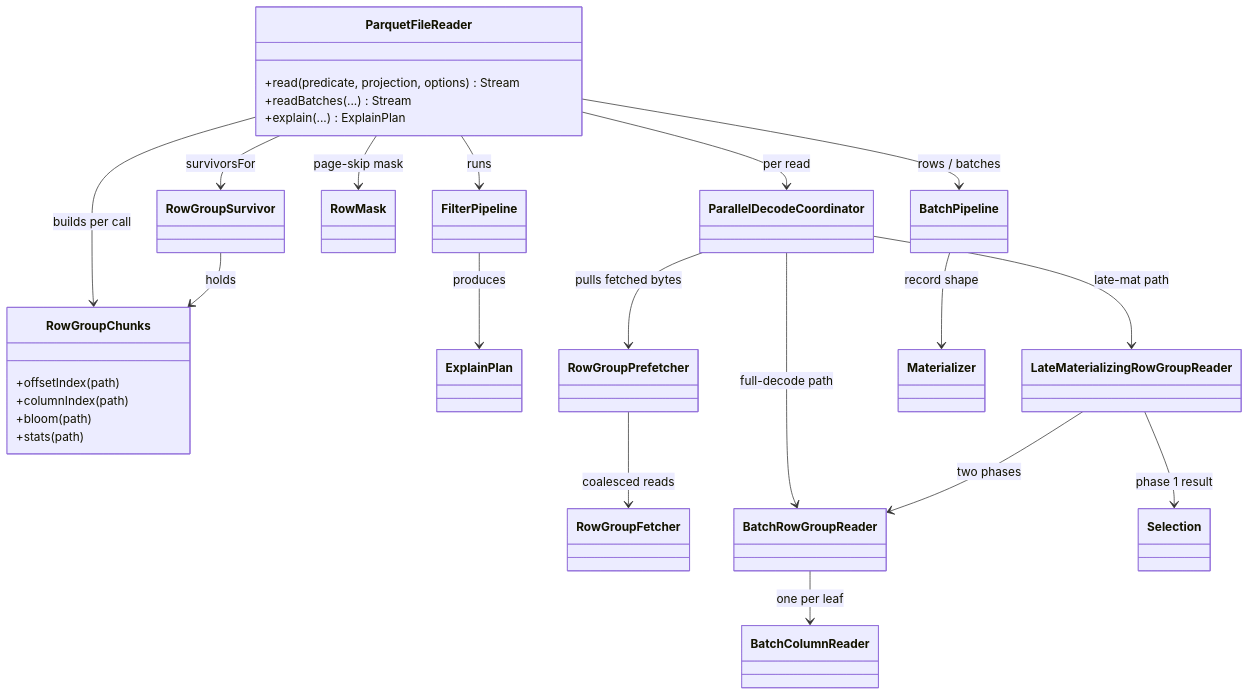
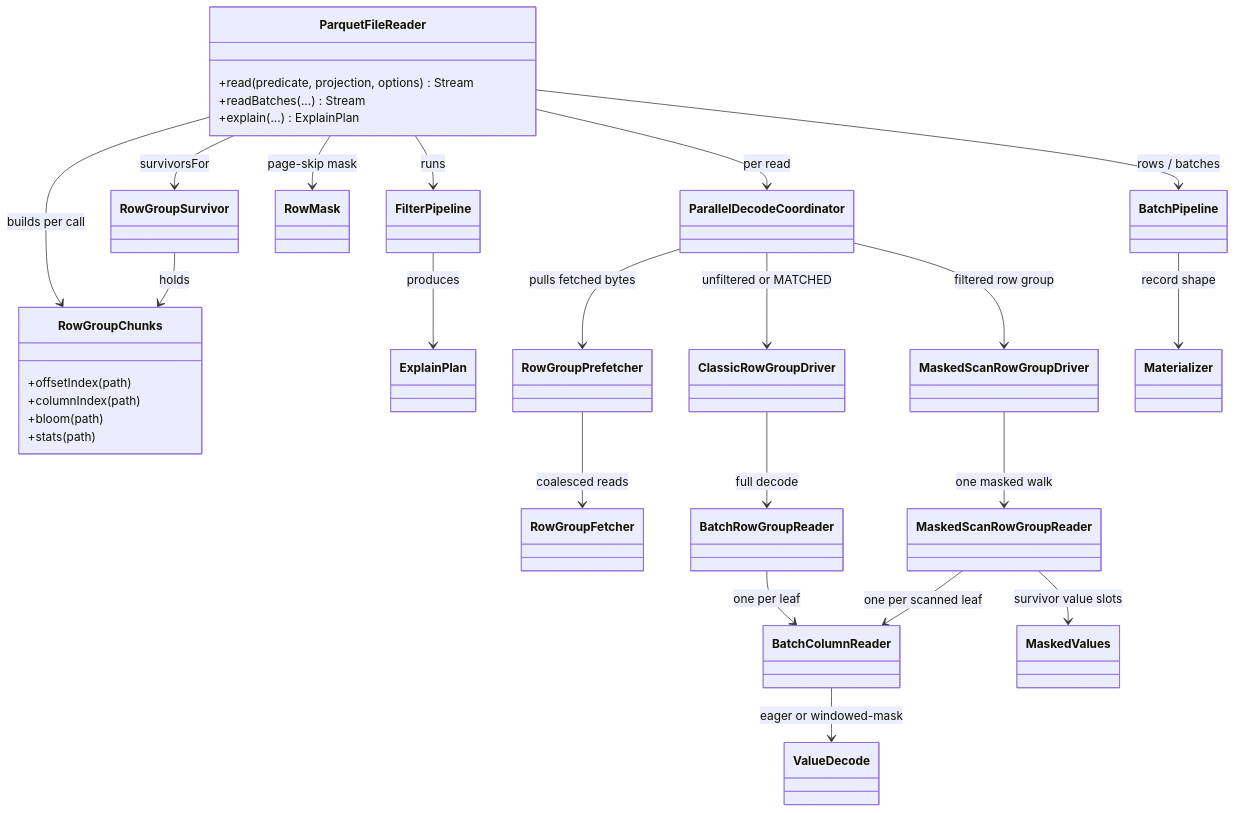
The seventh of 7 diagrams in docs/read-path.md (tileverse-io/parquetry), drawn with Mermaid before and after one commit. The commit also changed other lines of this file and 34 other files, not shown here.

First line of the commit message:
perf: evaluate filtered reads in-scan, decoding only surviving rows

````diff
--- a/docs/read-path.md
+++ b/docs/read-path.md
@@ -308,44 +333,50 @@
 ```mermaid
 classDiagram
     class ParquetFileReader {
         +read(predicate, projection, options) Stream
         +readBatches(...) Stream
         +explain(...) ExplainPlan
     }
     class RowGroupChunks {
         +offsetIndex(path)
         +columnIndex(path)
         +bloom(path)
         +stats(path)
     }
     class FilterPipeline
     class ExplainPlan
     class RowGroupSurvivor
     class RowMask
     class ParallelDecodeCoordinator
     class RowGroupPrefetcher
     class RowGroupFetcher
+    class ClassicRowGroupDriver
+    class MaskedScanRowGroupDriver
     class BatchRowGroupReader
+    class MaskedScanRowGroupReader
     class BatchColumnReader
-    class LateMaterializingRowGroupReader
-    class Selection
+    class ValueDecode
+    class MaskedValues
     class BatchPipeline
     class Materializer
 
     ParquetFileReader --> RowGroupChunks : builds per call
     ParquetFileReader --> FilterPipeline : runs
     FilterPipeline --> ExplainPlan : produces
     ParquetFileReader --> RowGroupSurvivor : survivorsFor
     RowGroupSurvivor --> RowGroupChunks : holds
     ParquetFileReader --> RowMask : page-skip mask
     ParquetFileReader --> ParallelDecodeCoordinator : per read
     ParallelDecodeCoordinator --> RowGroupPrefetcher : pulls fetched bytes
     RowGroupPrefetcher --> RowGroupFetcher : coalesced reads
-    ParallelDecodeCoordinator --> BatchRowGroupReader : full-decode path
-    ParallelDecodeCoordinator --> LateMaterializingRowGroupReader : late-mat path
+    ParallelDecodeCoordinator --> ClassicRowGroupDriver : unfiltered or MATCHED
+    ParallelDecodeCoordinator --> MaskedScanRowGroupDriver : filtered row group
+    ClassicRowGroupDriver --> BatchRowGroupReader : full decode
+    MaskedScanRowGroupDriver --> MaskedScanRowGroupReader : one masked walk
     BatchRowGroupReader --> BatchColumnReader : one per leaf
-    LateMaterializingRowGroupReader --> BatchRowGroupReader : two phases
-    LateMaterializingRowGroupReader --> Selection : phase 1 result
+    MaskedScanRowGroupReader --> BatchColumnReader : one per scanned leaf
+    MaskedScanRowGroupReader --> MaskedValues : survivor value slots
+    BatchColumnReader --> ValueDecode : eager or windowed-mask
     ParquetFileReader --> BatchPipeline : rows / batches
     BatchPipeline --> Materializer : record shape
 ```
````
